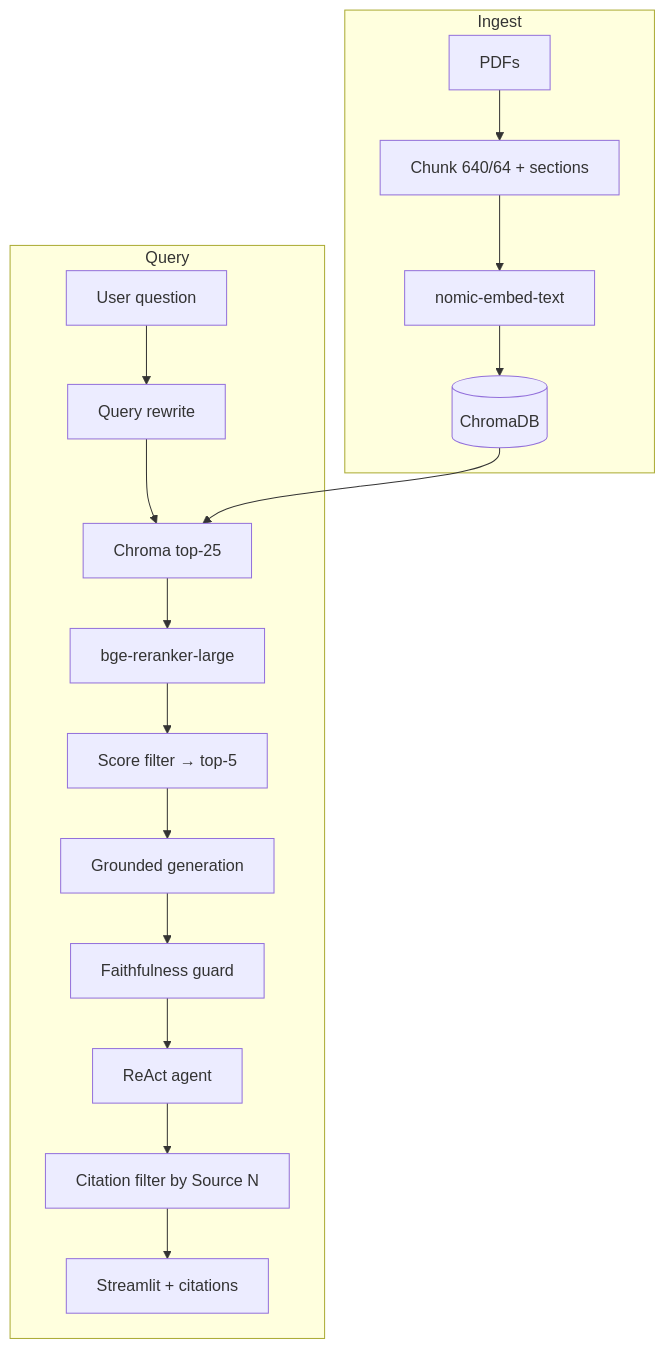
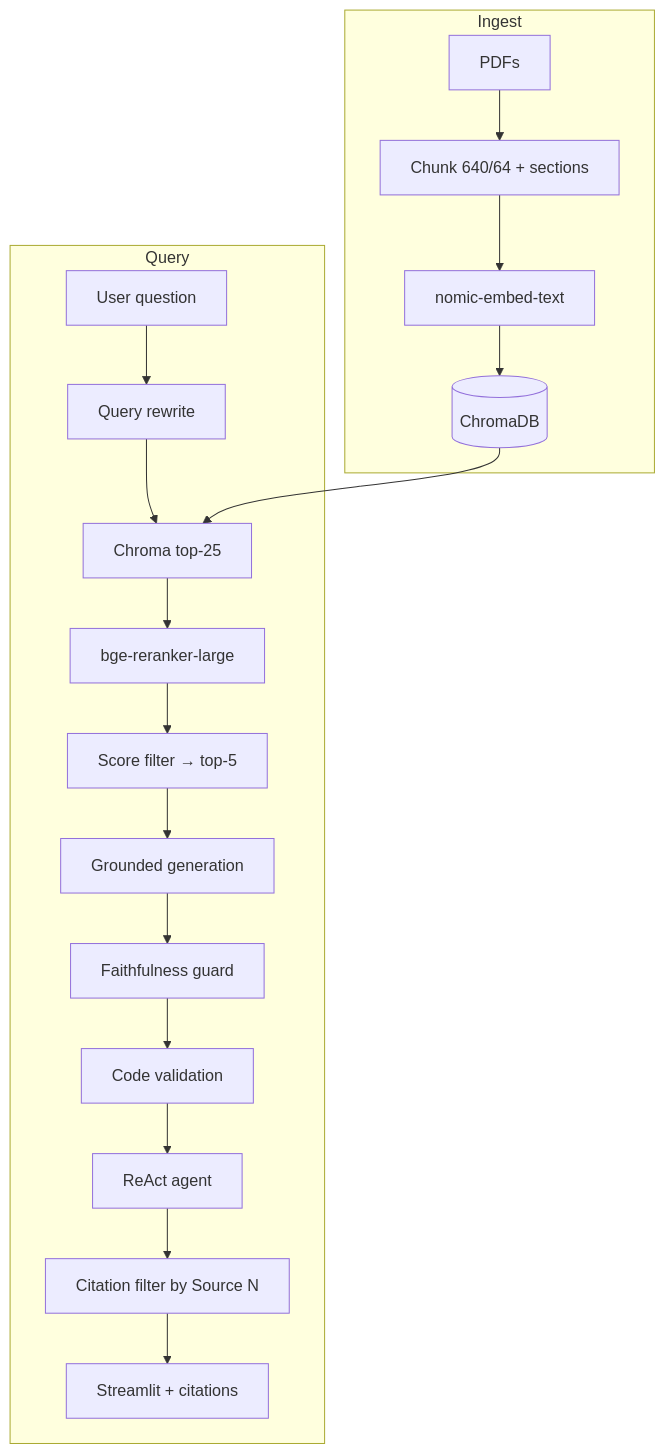
The diagram in company_policy_rag/README.md (SoubhagyaJain/Rag-chatbot), drawn with Mermaid before and after one commit. The commit also changed other lines of this file and 58 other files, not shown here.

````diff
--- a/company_policy_rag/README.md
+++ b/company_policy_rag/README.md
@@ -257,22 +269,23 @@
 ```mermaid
 flowchart TB
     subgraph Ingest
         PDF[PDFs] --> CHUNK[Chunk 640/64 + sections]
         CHUNK --> EMB[nomic-embed-text]
         EMB --> CHROMA[(ChromaDB)]
     end
 
     subgraph Query
         Q[User question] --> REWRITE[Query rewrite]
         REWRITE --> RET[Chroma top-25]
         RET --> RERANK[bge-reranker-large]
         RERANK --> FILTER[Score filter → top-5]
         FILTER --> GEN[Grounded generation]
         GEN --> GUARD[Faithfulness guard]
-        GUARD --> AGENT[ReAct agent]
+        GUARD --> CODE[Code validation]
+        CODE --> AGENT[ReAct agent]
         AGENT --> CITE[Citation filter by Source N]
         CITE --> UI[Streamlit + citations]
     end
 
     CHROMA --> RET
 ```
````
